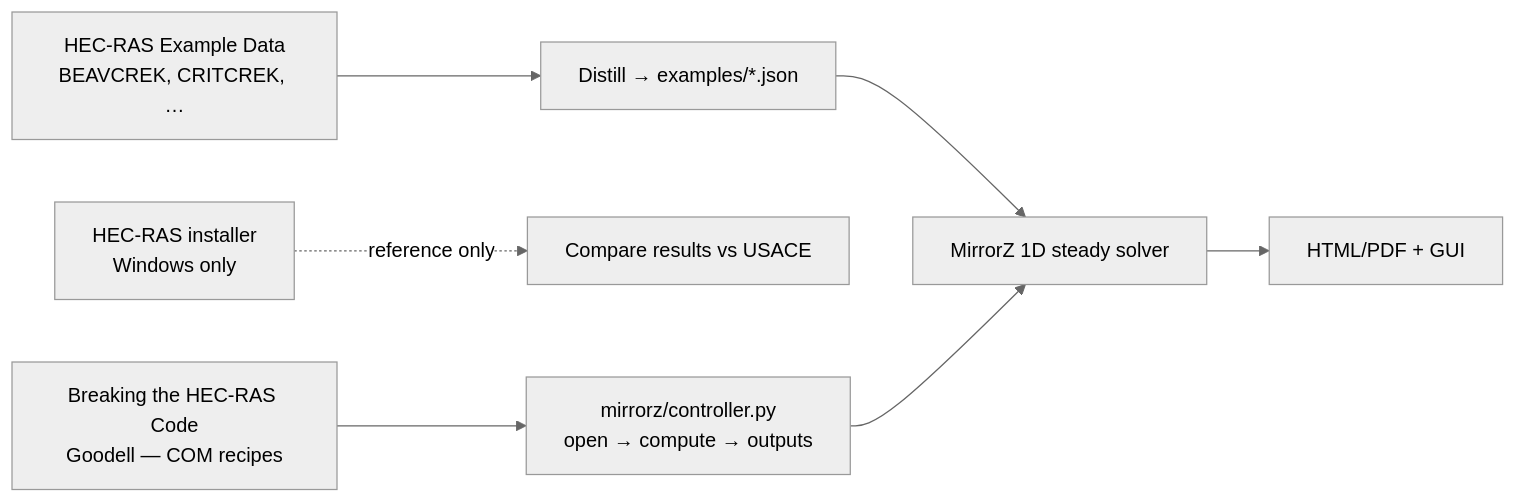
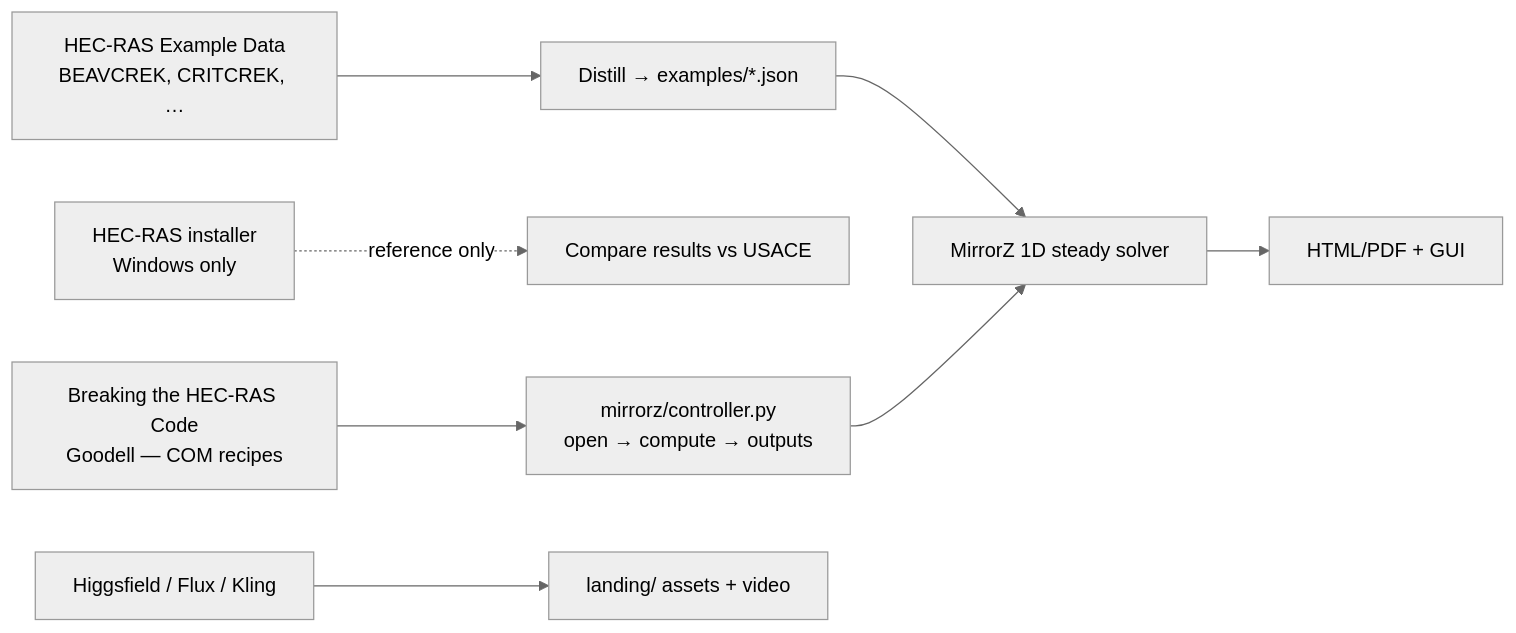
Before and after one commit to Sparkey333/MirrorZ-Hecras: the diagram in docs/FORWARD_PLAN.md, drawn with Mermaid (neutral theme). The commit also changed other lines of this file and 18 other files, not shown here.

First line of the commit message:
v0.5.0: controller automation, example distills, Higgsfield assets

````diff
--- a/docs/FORWARD_PLAN.md
+++ b/docs/FORWARD_PLAN.md
@@ -14,9 +17,10 @@
 ```mermaid
 flowchart LR
   Book["Breaking the HEC-RAS Code<br/>Goodell — COM recipes"] --> Controller["mirrorz/controller.py<br/>open → compute → outputs"]
   Install["HEC-RAS installer<br/>Windows only"] -.->|"reference only"| Compare["Compare results vs USACE"]
   Examples["HEC-RAS Example Data<br/>BEAVCREK, CRITCREK, …"] --> Distill["Distill → examples/*.json"]
   Distill --> Engine["MirrorZ 1D steady solver"]
   Controller --> Engine
   Engine --> Reports["HTML/PDF + GUI"]
+  Higgs["Higgsfield / Flux / Kling"] --> Landing["landing/ assets + video"]
 ```
````
